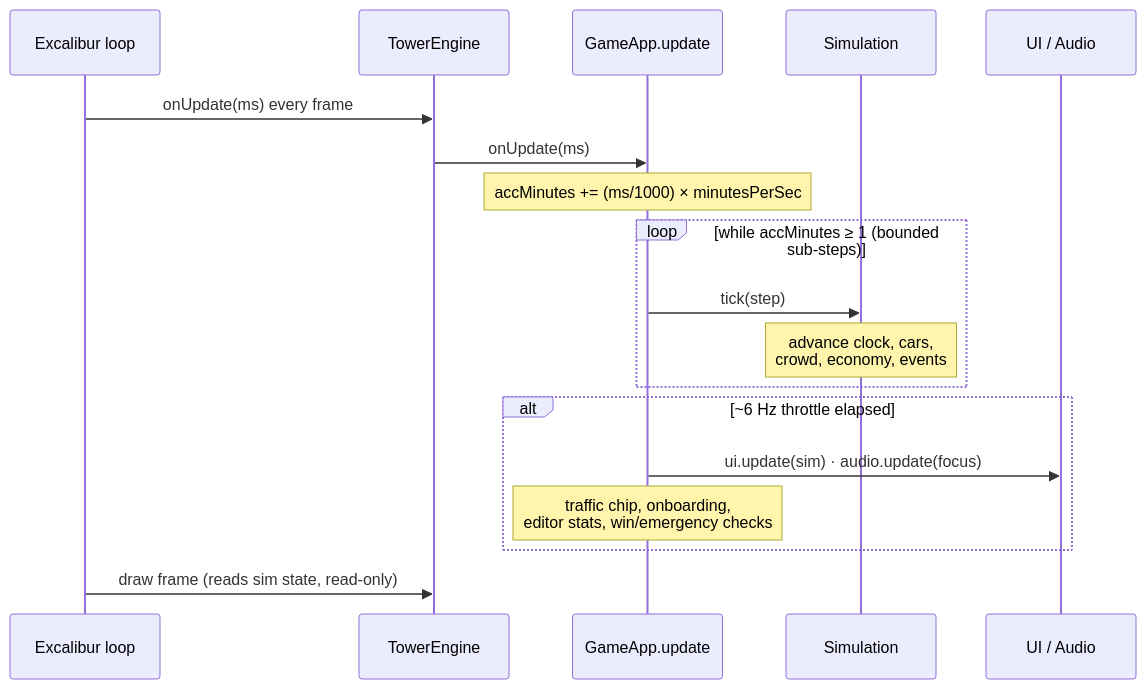
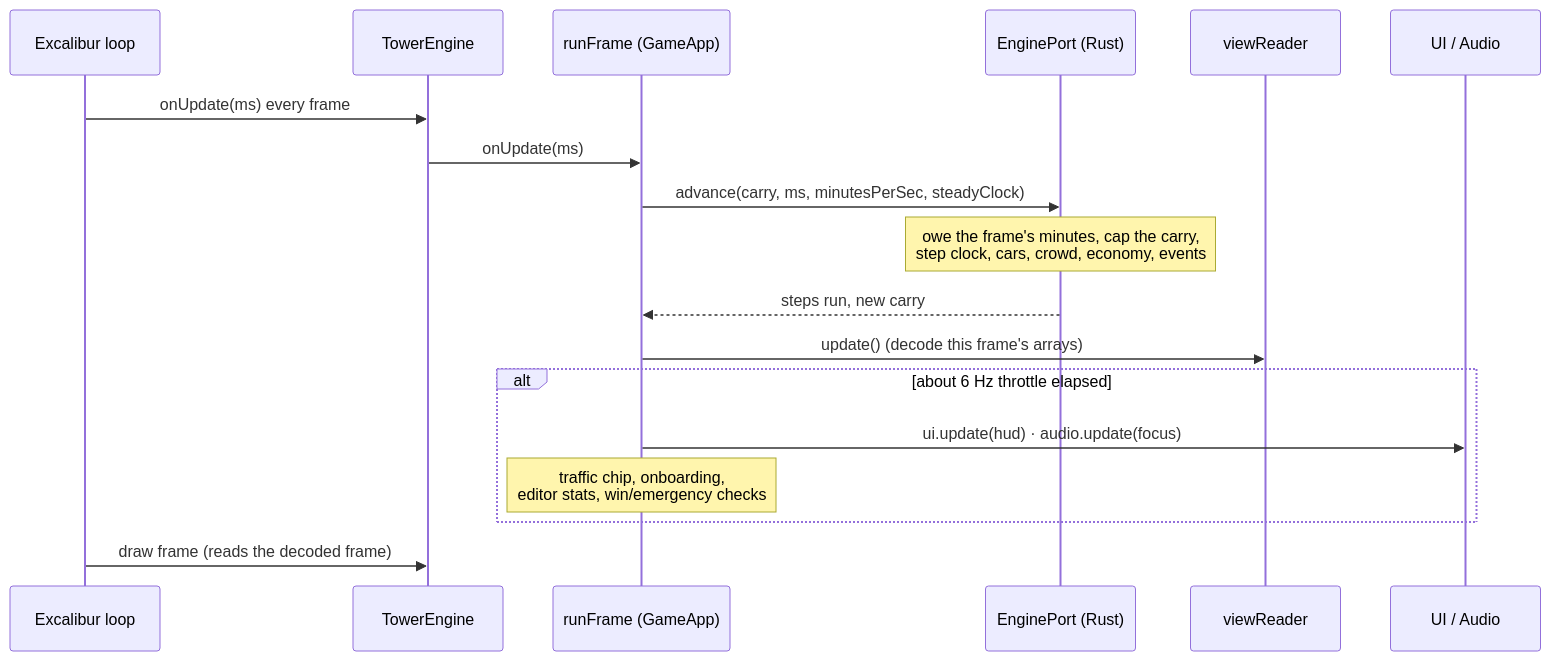
One commit to maniator/verticopolis changed the second of 7 diagrams in ARCHITECTURE.md. Above: the diagram before and after it, drawn with Mermaid. The commit also changed other lines of this file and 3 other files, not shown here.

First line of the commit message:
Refresh the root README for the Rust-only engine (#1914)

````diff
--- a/ARCHITECTURE.md
+++ b/ARCHITECTURE.md
@@ -89,21 +141,21 @@
 ```mermaid
 sequenceDiagram
     participant EX as Excalibur loop
     participant TE as TowerEngine
-    participant GA as GameApp.update
-    participant SIM as Simulation
+    participant GA as runFrame (GameApp)
+    participant EP as EnginePort (Rust)
+    participant VR as viewReader
     participant UI as UI / Audio
 
     EX->>TE: onUpdate(ms) every frame
     TE->>GA: onUpdate(ms)
-    Note over GA: accMinutes += (ms/1000) × minutesPerSec
-    loop while accMinutes ≥ 1 (bounded sub-steps)
-        GA->>SIM: tick(step)
-        Note over SIM: advance clock, cars,<br/>crowd, economy, events
-    end
-    alt ~6 Hz throttle elapsed
-        GA->>UI: ui.update(sim) · audio.update(focus)
+    GA->>EP: advance(carry, ms, minutesPerSec, steadyClock)
+    Note over EP: owe the frame's minutes, cap the carry,<br/>step clock, cars, crowd, economy, events
+    EP-->>GA: steps run, new carry
+    GA->>VR: update() (decode this frame's arrays)
+    alt about 6 Hz throttle elapsed
+        GA->>UI: ui.update(hud) · audio.update(focus)
         Note over GA: traffic chip, onboarding,<br/>editor stats, win/emergency checks
     end
-    EX->>TE: draw frame (reads sim state, read-only)
+    EX->>TE: draw frame (reads the decoded frame)
 ```
````
